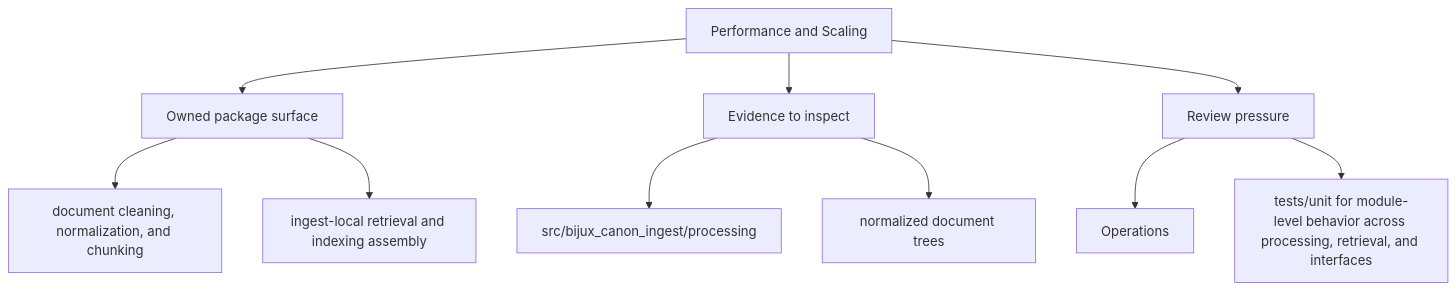
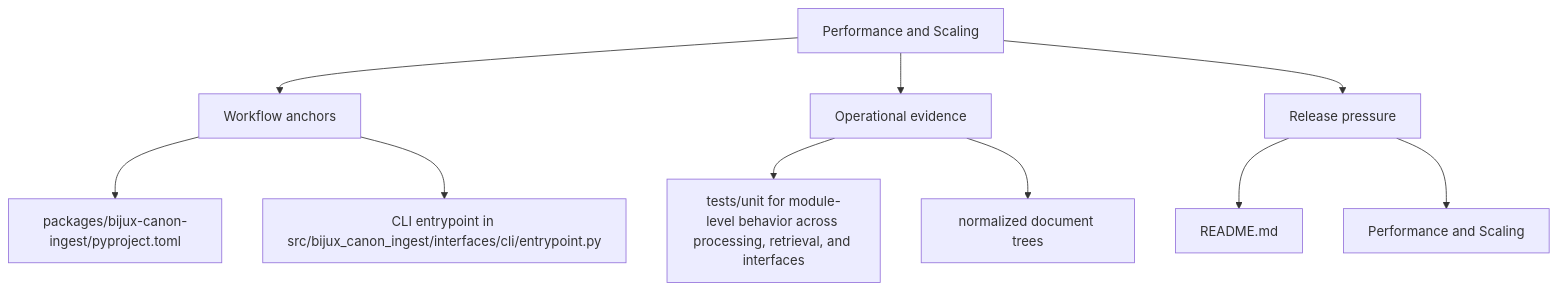
One commit to bijux/bijux-canon changed the second of 2 diagrams in docs/bijux-canon-ingest/operations/performance-and-scaling.md. Above: the diagram before and after it, drawn with Mermaid. The commit also changed other lines of this file and 250 other files, not shown here.

Commit message:
docs(diagrams): make product page maps more readable

````diff
--- a/docs/bijux-canon-ingest/operations/performance-and-scaling.md
+++ b/docs/bijux-canon-ingest/operations/performance-and-scaling.md
@@ -34,22 +34,22 @@
 ```mermaid
 flowchart TD
     page["Performance and Scaling"]
-    focus1["Owned package surface"]
+    focus1["Workflow anchors"]
     page --> focus1
-    focus1_1["document cleaning, normalization, and chunking"]
+    focus1_1["packages/bijux-canon-ingest/pyproject.toml"]
     focus1 --> focus1_1
-    focus1_2["ingest-local retrieval and indexing assembly"]
+    focus1_2["CLI entrypoint in src/bijux_canon_ingest/interfaces/cli/entrypoint.py"]
     focus1 --> focus1_2
-    focus2["Evidence to inspect"]
+    focus2["Operational evidence"]
     page --> focus2
-    focus2_1["src/bijux_canon_ingest/processing"]
+    focus2_1["tests/unit for module-level behavior across processing, retrieval, and interfaces"]
     focus2 --> focus2_1
     focus2_2["normalized document trees"]
     focus2 --> focus2_2
-    focus3["Review pressure"]
+    focus3["Release pressure"]
     page --> focus3
-    focus3_1["Operations"]
+    focus3_1["README.md"]
     focus3 --> focus3_1
-    focus3_2["tests/unit for module-level behavior across processing, retrieval, and interfaces"]
+    focus3_2["Performance and Scaling"]
     focus3 --> focus3_2
 ```
````
